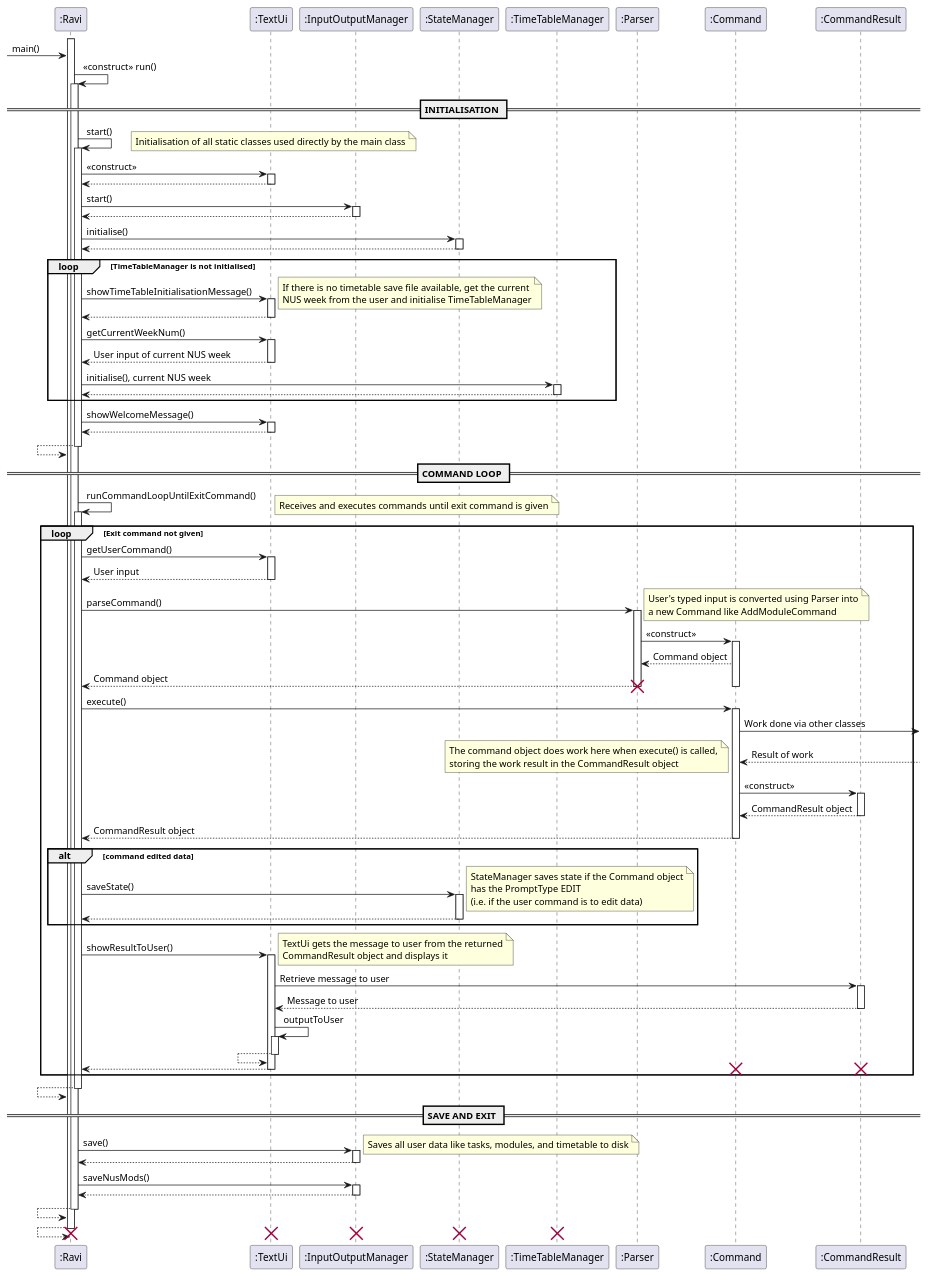
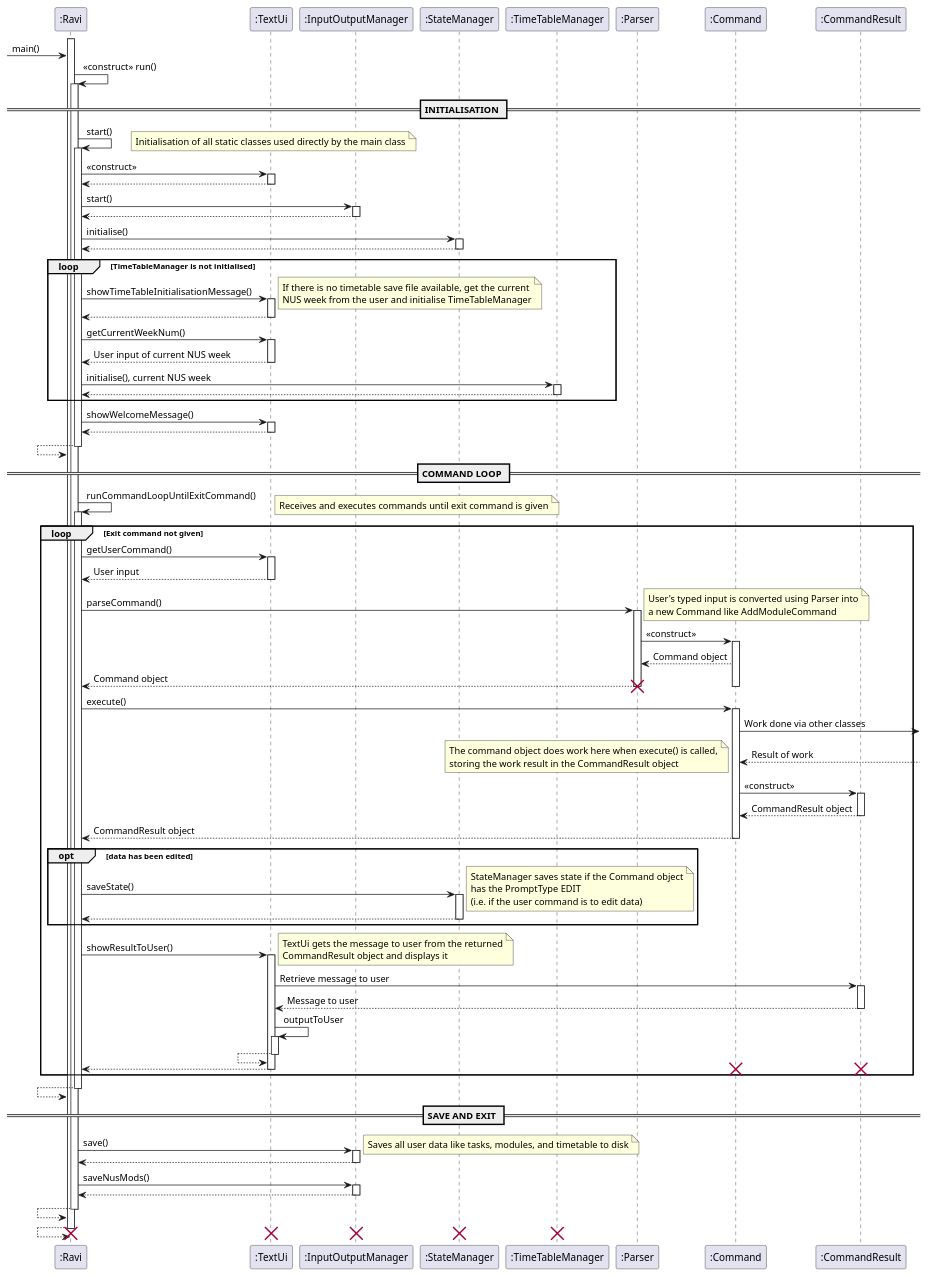
The diagram in docs/diagrams/UML/MainSequenceDiagram.puml (wangqinNick/tp), drawn with PlantUML before and after one commit. The commit also changed 3 other files, not shown here.

Commit message:
Basic changes to docs and diagrams

```diff
--- a/docs/diagrams/UML/MainSequenceDiagram.puml
+++ b/docs/diagrams/UML/MainSequenceDiagram.puml
@@ -1,159 +1,159 @@
 @startuml
 create ":Ravi"
 activate ":Ravi"
 -> ":Ravi": main()
 ":Ravi" -> ":Ravi": <<construct>> run()
 activate ":Ravi"
     == INITIALISATION ==
     ":Ravi" -> ":Ravi": start()
     note right
         Initialisation of all static classes used directly by the main class
     end note
     activate ":Ravi"
         ":Ravi" -> ":TextUi": <<construct>>
         activate ":TextUi"
         ":Ravi" <-- ":TextUi"
         deactivate ":TextUi"
 
         ":Ravi" -> ":InputOutputManager": start()
         activate ":InputOutputManager"
         ":Ravi" <-- ":InputOutputManager"
         deactivate ":InputOutputManager"
 
         ":Ravi" -> ":StateManager": initialise()
         activate ":StateManager"
         ":Ravi" <-- ":StateManager"
         deactivate ":StateManager"
 
         loop TimeTableManager is not initialised
             ":Ravi" -> ":TextUi": showTimeTableInitialisationMessage()
             note right
                 If there is no timetable save file available, get the current
                 NUS week from the user and initialise TimeTableManager
             end note
             activate ":TextUi"
             ":Ravi" <-- ":TextUi"
             deactivate ":TextUi"
 
             ":Ravi" -> ":TextUi": getCurrentWeekNum()
             activate ":TextUi"
             ":Ravi" <-- ":TextUi": User input of current NUS week
             deactivate ":TextUi"
 
             ":Ravi" -> ":TimeTableManager": initialise(), current NUS week
             activate ":TimeTableManager"
             ":Ravi" <-- ":TimeTableManager"
             deactivate ":TimeTableManager"
         end
 
         ":Ravi" -> ":TextUi": showWelcomeMessage()
         activate ":TextUi"
         ":Ravi" <-- ":TextUi"
         deactivate ":TextUi"
 
         ":Ravi" <-- ":Ravi"
     deactivate ":Ravi"
 
     == COMMAND LOOP ==
     ":Ravi" -> ":Ravi": runCommandLoopUntilExitCommand()
     note right
         Receives and executes commands until exit command is given
     end note
     activate ":Ravi"
         loop Exit command not given
             ":Ravi" -> ":TextUi": getUserCommand()
             activate ":TextUi"
             ":Ravi" <-- ":TextUi": User input
             deactivate ":TextUi"
 
             ":Ravi" -> ":Parser": parseCommand()
             note right
                 User's typed input is converted using Parser into
                 a new Command like AddModuleCommand
             end note
             activate ":Parser"
             ":Parser" -> ":Command": <<construct>>
             activate ":Command"
             ":Parser" <-- ":Command": Command object
             ":Ravi" <-- ":Parser": Command object
             deactivate ":Command"
             deactivate ":Parser"
             destroy ":Parser"
 
             ":Ravi" -> ":Command": execute()
             activate ":Command"
                 ":Command" ->: Work done via other classes
                 ":Command" <--: Result of work
                 note left
                     The command object does work here when execute() is called,
                     storing the work result in the CommandResult object
                 end note
                 ":Command" -> ":CommandResult": <<construct>>
                 activate ":CommandResult"
                 ":Command" <-- ":CommandResult": CommandResult object
                 deactivate ":CommandResult"
                 ":Ravi" <-- ":Command": CommandResult object
             deactivate ":Command"
 
-            alt command edited data
+            opt data has been edited
                 ":Ravi" -> ":StateManager": saveState()
                 note right
                     StateManager saves state if the Command object
                     has the PromptType EDIT
                     (i.e. if the user command is to edit data)
                 end note
                 activate ":StateManager"
                 ":Ravi" <-- ":StateManager"
                 deactivate ":StateManager"
             end
             ":Ravi" -> ":TextUi": showResultToUser()
             note right
                 TextUi gets the message to user from the returned
                 CommandResult object and displays it
             end note
             activate ":TextUi"
             ":TextUi" -> ":CommandResult": Retrieve message to user
             activate ":CommandResult"
             ":TextUi" <-- ":CommandResult": Message to user
             deactivate ":CommandResult"
 
             ":TextUi" -> ":TextUi": outputToUser
             activate ":TextUi"
             ":TextUi" <-- ":TextUi"
             deactivate ":TextUi"
 
             ":Ravi" <-- ":TextUi"
             deactivate ":TextUi"
             destroy ":CommandResult"
             destroy ":Command"
         end
         ":Ravi" <-- ":Ravi"
     deactivate ":Ravi"
     == SAVE AND EXIT ==
 
     ":Ravi" -> ":InputOutputManager": save()
     note right
         Saves all user data like tasks, modules, and timetable to disk
     end note
     activate ":InputOutputManager"
     ":Ravi" <-- ":InputOutputManager"
     deactivate ":InputOutputManager"
 
     ":Ravi" -> ":InputOutputManager": saveNusMods()
     activate ":InputOutputManager"
     ":Ravi" <-- ":InputOutputManager"
     deactivate ":InputOutputManager"
 
     ":Ravi" <-- ":Ravi"
 deactivate ":Ravi"
 ":Ravi" <-- ":Ravi"
 deactivate ":Ravi"
 destroy ":Ravi"
 destroy ":TextUi"
 destroy ":InputOutputManager"
 destroy ":StateManager"
 destroy ":TimeTableManager"
 
 
 
 @enduml
```
